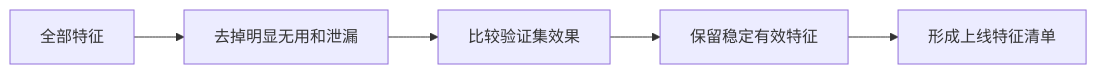
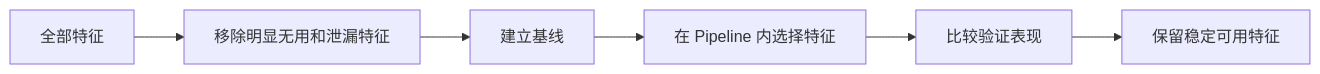
The diagram in i18n/zh-Hans/docusaurus-plugin-content-docs/current/ch05-machine-learning/ch05-feature-engineering/04-feature-selection.md (oudbiao/AI-fullstack-course), drawn with Mermaid before and after one commit. The commit also changed other lines of this file and 5 other files, not shown here.

````diff
--- a/i18n/zh-Hans/docusaurus-plugin-content-docs/current/ch05-machine-learning/ch05-feature-engineering/04-feature-selection.md
+++ b/i18n/zh-Hans/docusaurus-plugin-content-docs/current/ch05-machine-learning/ch05-feature-engineering/04-feature-selection.md
@@ -29,7 +33,8 @@
 ```mermaid
 flowchart LR
-  A[全部特征] --> B[去掉明显无用和泄漏]
-  B --> C[比较验证集效果]
-  C --> D[保留稳定有效特征]
-  D --> E[形成上线特征清单]
+  A["全部特征"] --> B["移除明显无用和泄漏特征"]
+  B --> C["建立基线"]
+  C --> D["在 Pipeline 内选择特征"]
+  D --> E["比较验证表现"]
+  E --> F["保留稳定可用特征"]
 ```
````
